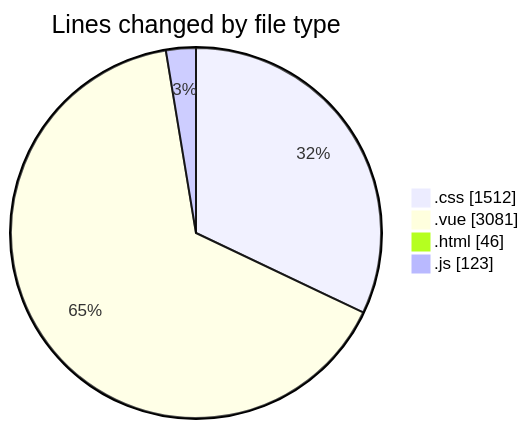
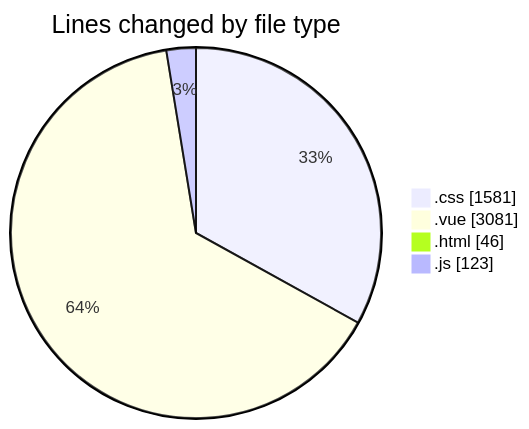
Before and after one commit to lephambinh05/code-tracking: the first of 2 diagrams in 2025-08-18/rentotp/README.md, drawn with Mermaid. The commit also changed other lines of this file and 1 other file, not shown here.

````diff
--- a/2025-08-18/rentotp/README.md
+++ b/2025-08-18/rentotp/README.md
@@ -33,8 +33,8 @@
 ```mermaid
 pie showData
 title Lines changed by file type
-".css" : 1512
+".css" : 1581
 ".vue" : 3081
 ".html" : 46
 ".js" : 123
 ```
````
